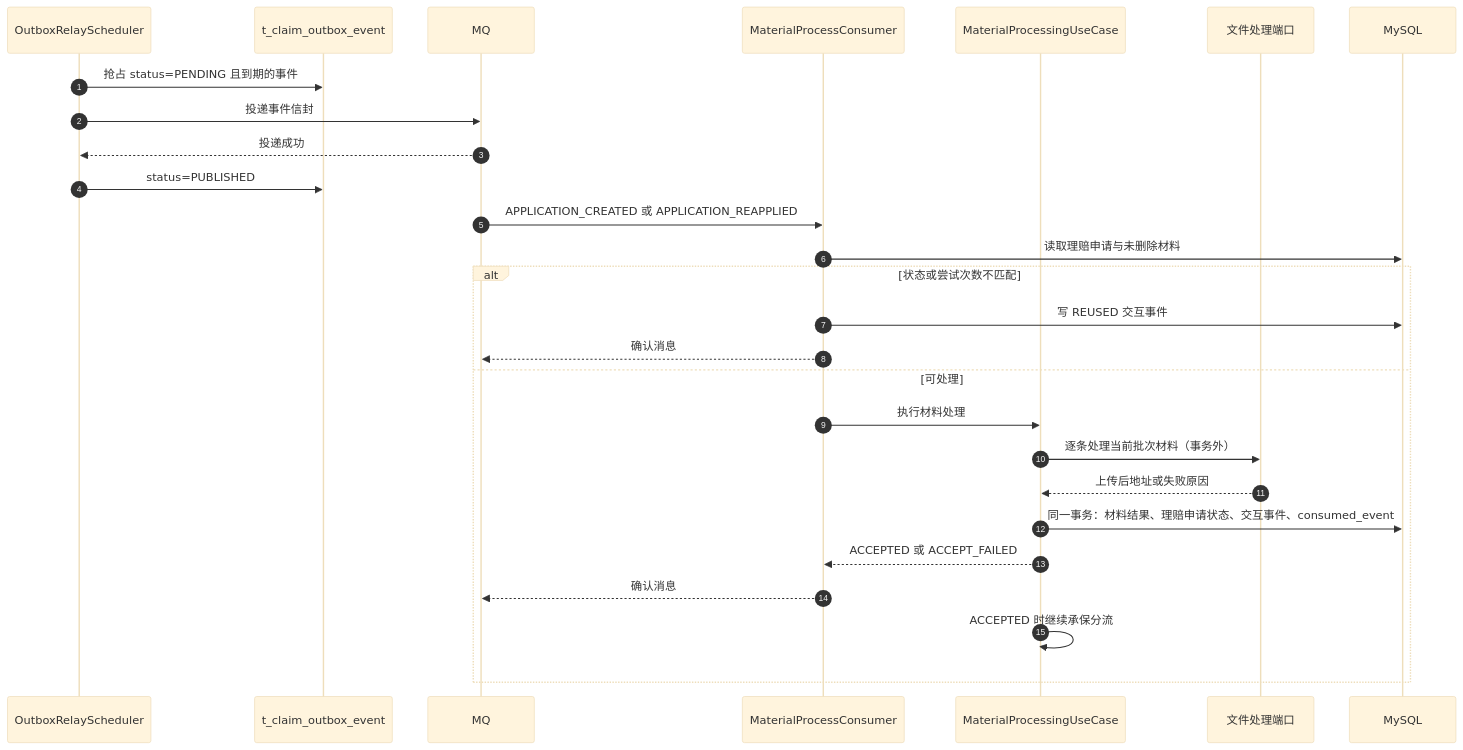
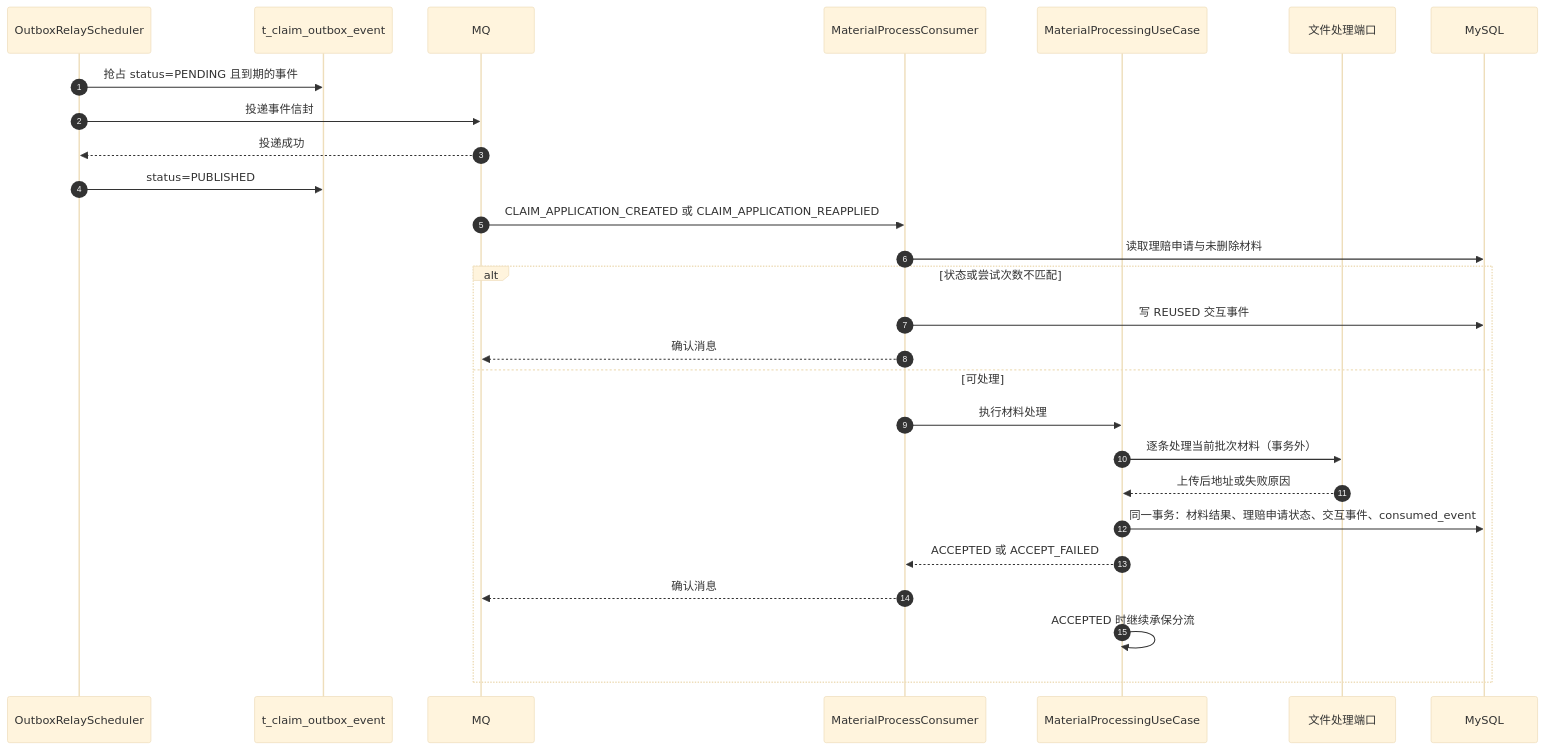
Before and after one commit to wangguangwu/claim-integration-platform: the second of 3 diagrams in specs/004-material-processing-underwriting/design.md, drawn with Mermaid (base theme). The commit also changed other lines of this file and 110 other files, not shown here.

First line of the commit message:
理赔申请命名全链路收敛到 claimApplication，消除与 DDD 应用层词汇的歧义

````diff
--- a/specs/004-material-processing-underwriting/design.md
+++ b/specs/004-material-processing-underwriting/design.md
@@ -36,31 +36,31 @@
 ```mermaid
 sequenceDiagram
     autonumber
     participant S as OutboxRelayScheduler
     participant O as t_claim_outbox_event
     participant MQ as MQ
     participant C as MaterialProcessConsumer
     participant U as MaterialProcessingUseCase
     participant F as 文件处理端口
     participant DB as MySQL
 
     S->>O: 抢占 status=PENDING 且到期的事件
     S->>MQ: 投递事件信封
     MQ-->>S: 投递成功
     S->>O: status=PUBLISHED
 
-    MQ->>C: APPLICATION_CREATED 或 APPLICATION_REAPPLIED
+    MQ->>C: CLAIM_APPLICATION_CREATED 或 CLAIM_APPLICATION_REAPPLIED
     C->>DB: 读取理赔申请与未删除材料
     alt 状态或尝试次数不匹配
         C->>DB: 写 REUSED 交互事件
         C-->>MQ: 确认消息
     else 可处理
         C->>U: 执行材料处理
         U->>F: 逐条处理当前批次材料（事务外）
         F-->>U: 上传后地址或失败原因
         U->>DB: 同一事务：材料结果、理赔申请状态、交互事件、consumed_event
         U-->>C: ACCEPTED 或 ACCEPT_FAILED
         C-->>MQ: 确认消息
         U->>U: ACCEPTED 时继续承保分流
     end
 ```
````
